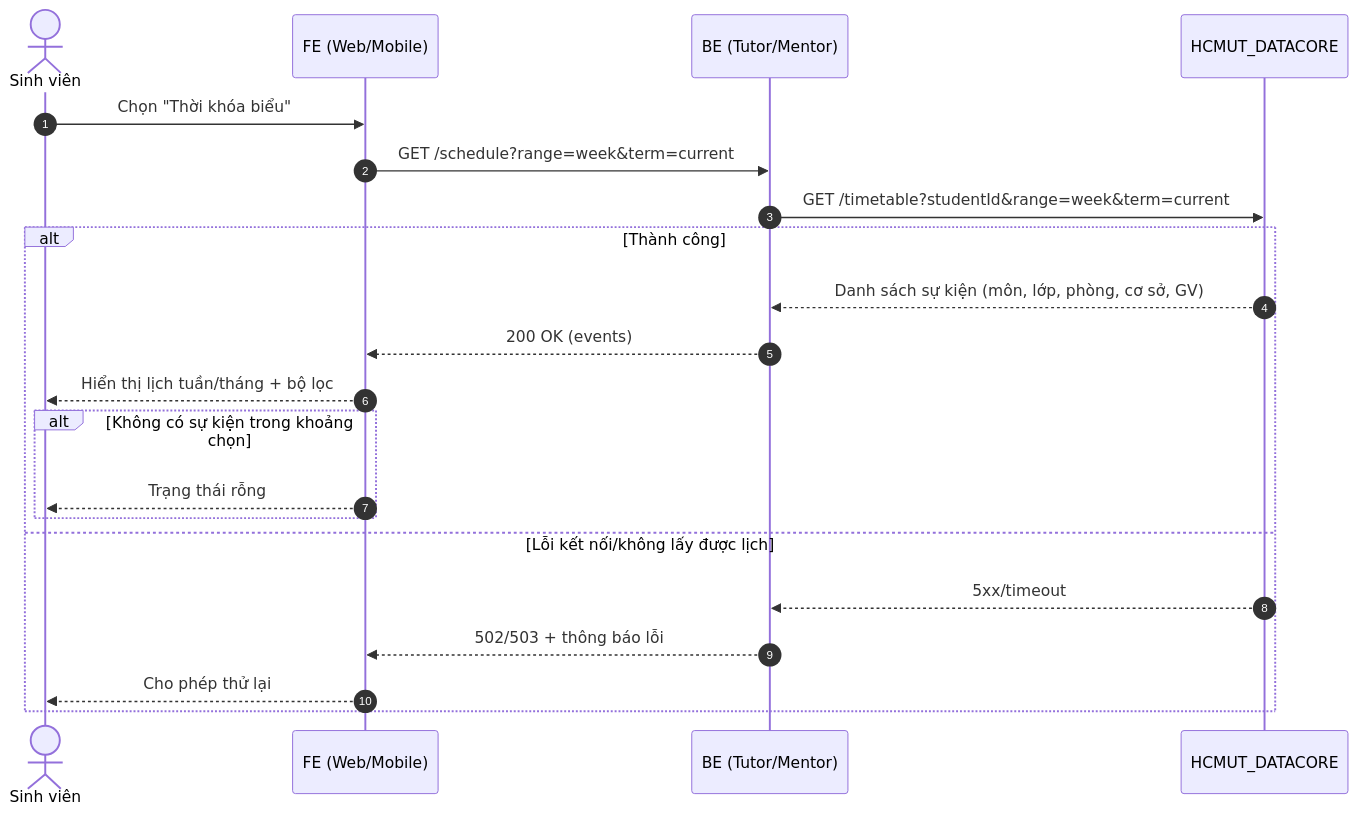
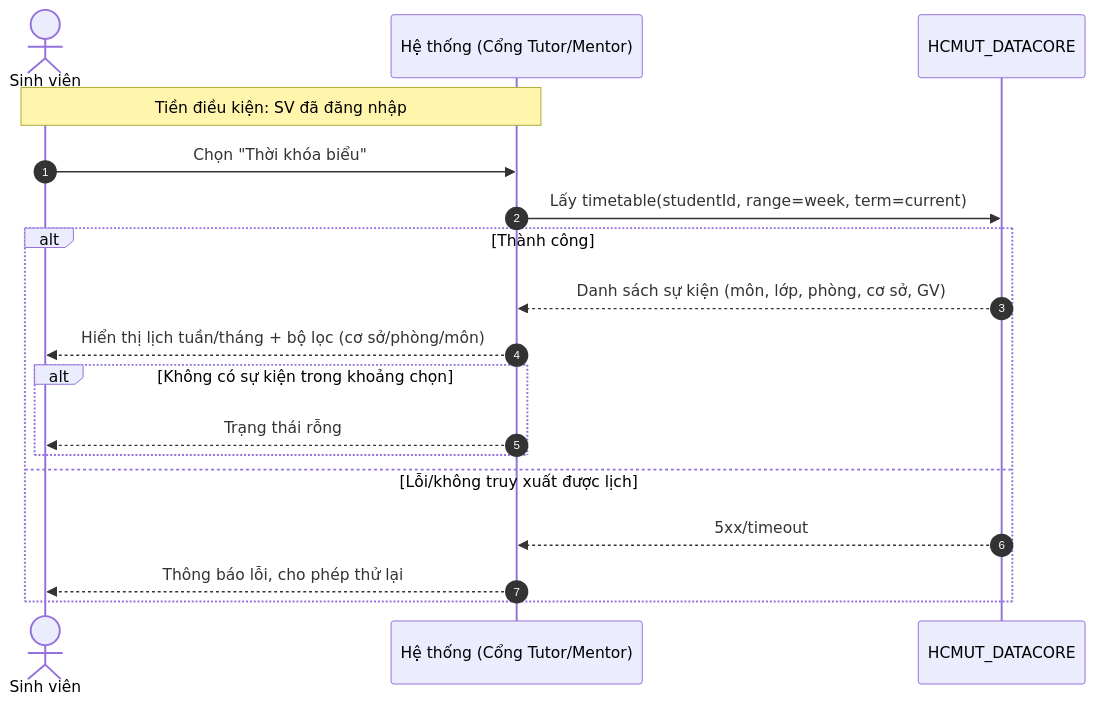
Before and after one commit to bqlam18/a: the third of 4 diagrams in CNPM.md, drawn with Mermaid. The commit also changed other lines of this file, not shown here.

````diff
--- a/CNPM.md
+++ b/CNPM.md
@@ -92,25 +80,23 @@
 ```mermaid
 sequenceDiagram
   autonumber
   actor SV as Sinh viên
-  participant FE as FE (Web/Mobile)
-  participant BE as BE (Tutor/Mentor)
+  participant SYS as Hệ thống (Cổng Tutor/Mentor)
   participant DC as HCMUT_DATACORE
 
-  SV->>FE: Chọn "Thời khóa biểu"
-  FE->>BE: GET /schedule?range=week&term=current
-  BE->>DC: GET /timetable?studentId&range=week&term=current
+  Note over SV,SYS: Tiền điều kiện: SV đã đăng nhập
+
+  SV->>SYS: Chọn "Thời khóa biểu"
+  SYS->>DC: Lấy timetable(studentId, range=week, term=current)
 
   alt Thành công
-    DC-->>BE: Danh sách sự kiện (môn, lớp, phòng, cơ sở, GV)
-    BE-->>FE: 200 OK (events)
-    FE-->>SV: Hiển thị lịch tuần/tháng + bộ lọc
+    DC-->>SYS: Danh sách sự kiện (môn, lớp, phòng, cơ sở, GV)
+    SYS-->>SV: Hiển thị lịch tuần/tháng + bộ lọc (cơ sở/phòng/môn)
     alt Không có sự kiện trong khoảng chọn
-      FE-->>SV: Trạng thái rỗng
+      SYS-->>SV: Trạng thái rỗng
     end
-  else Lỗi kết nối/không lấy được lịch
-    DC-->>BE: 5xx/timeout
-    BE-->>FE: 502/503 + thông báo lỗi
-    FE-->>SV: Cho phép thử lại
+  else Lỗi/không truy xuất được lịch
+    DC-->>SYS: 5xx/timeout
+    SYS-->>SV: Thông báo lỗi, cho phép thử lại
   end
 ```
````
